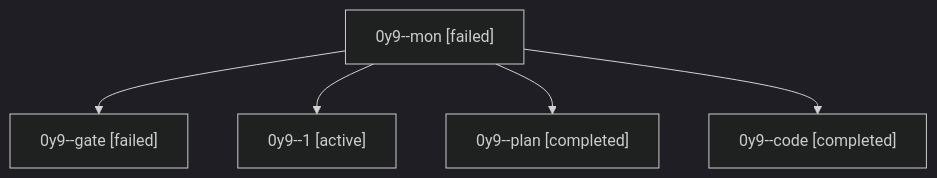
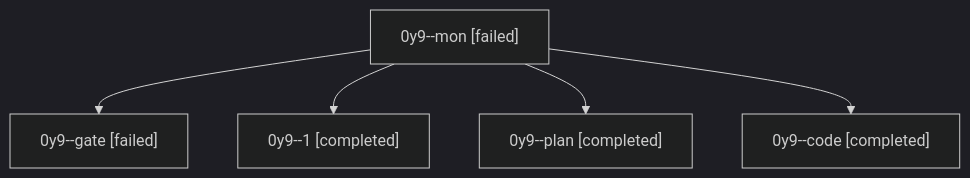
Before and after one commit to bobs-org/bob-cli--agents: the diagram in sessions/bbugyi200.athena.0y9.md, drawn with Mermaid (dark theme). The commit also changed other lines of this file and 16 other files, not shown here.

````diff
--- a/sessions/bbugyi200.athena.0y9.md
+++ b/sessions/bbugyi200.athena.0y9.md
@@ -9,12 +9,12 @@
 ```mermaid
 flowchart TD
   n0["0y9--mon [failed]"]
   n1["0y9--gate [failed]"]
   n0 --> n1
-  n2["0y9--1 [active]"]
+  n2["0y9--1 [completed]"]
   n0 --> n2
   n3["0y9--plan [completed]"]
   n0 --> n3
   n4["0y9--code [completed]"]
   n0 --> n4
 ```
````
